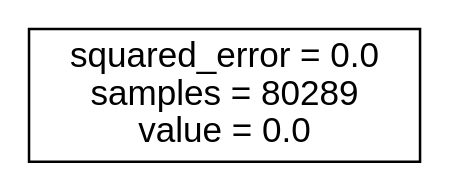
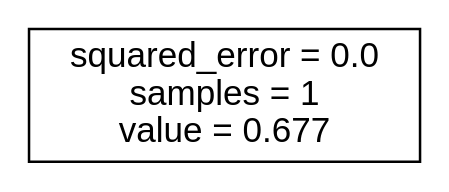
The diagram in bomberman_rl/agent_code/my_agent/trees/WAIT.dot (J-Gann/FML), drawn with Graphviz before and after one commit. The commit also changed 10 other files, not shown here.

```diff
--- a/bomberman_rl/agent_code/my_agent/trees/WAIT.dot
+++ b/bomberman_rl/agent_code/my_agent/trees/WAIT.dot
@@ -1,5 +1,5 @@
 digraph Tree {
 node [shape=box, fontname="helvetica"] ;
 edge [fontname="helvetica"] ;
-0 [label="squared_error = 0.0\nsamples = 80289\nvalue = 0.0"] ;
+0 [label="squared_error = 0.0\nsamples = 1\nvalue = 0.677"] ;
 }
```
